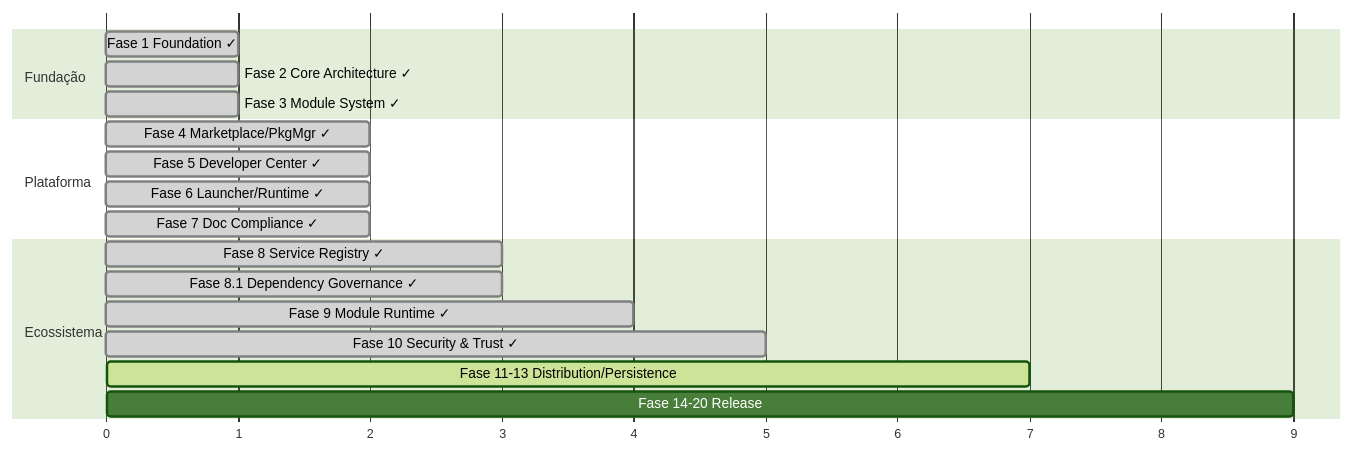
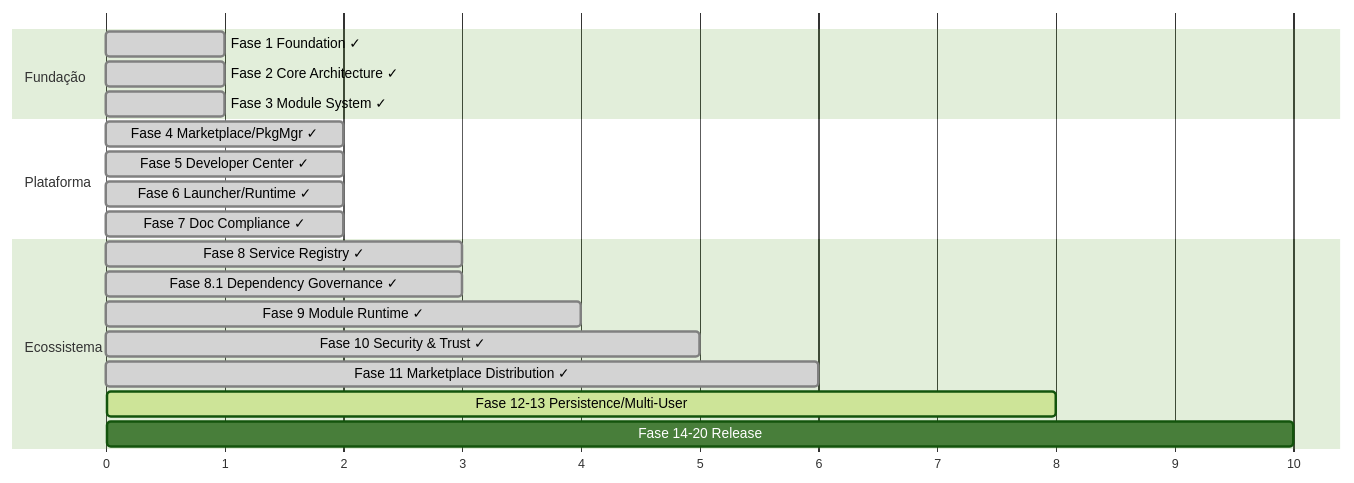
The third of 3 diagrams in README.md (julianscunha/Tech.Forge), drawn with Mermaid (forest theme) before and after one commit. The commit also changed other lines of this file and 2 other files, not shown here.

First line of the commit message:
docs: Fase 11 — encerra roadmap no README + valida OfficialCatalogProvider real

````diff
--- a/README.md
+++ b/README.md
@@ -305,21 +322,22 @@
 ```mermaid
 gantt
     dateFormat X
     axisFormat %s
     section Fundação
     Fase 1 Foundation ✓         :done, 0, 1
     Fase 2 Core Architecture ✓  :done, 0, 1
     Fase 3 Module System ✓      :done, 0, 1
     section Plataforma
     Fase 4 Marketplace/PkgMgr ✓ :done, 1, 2
     Fase 5 Developer Center ✓   :done, 1, 2
     Fase 6 Launcher/Runtime ✓   :done, 1, 2
     Fase 7 Doc Compliance ✓     :done, 1, 2
     section Ecossistema
     Fase 8 Service Registry ✓          :done, 2, 3
     Fase 8.1 Dependency Governance ✓   :done, 2, 3
     Fase 9 Module Runtime ✓             :done, 3, 4
     Fase 10 Security & Trust ✓          :done, 4, 5
-    Fase 11-13 Distribution/Persistence :active, 5, 7
-    Fase 14-20 Release                  :7, 9
+    Fase 11 Marketplace Distribution ✓  :done, 5, 6
+    Fase 12-13 Persistence/Multi-User   :active, 6, 8
+    Fase 14-20 Release                  :8, 10
 ```
````
